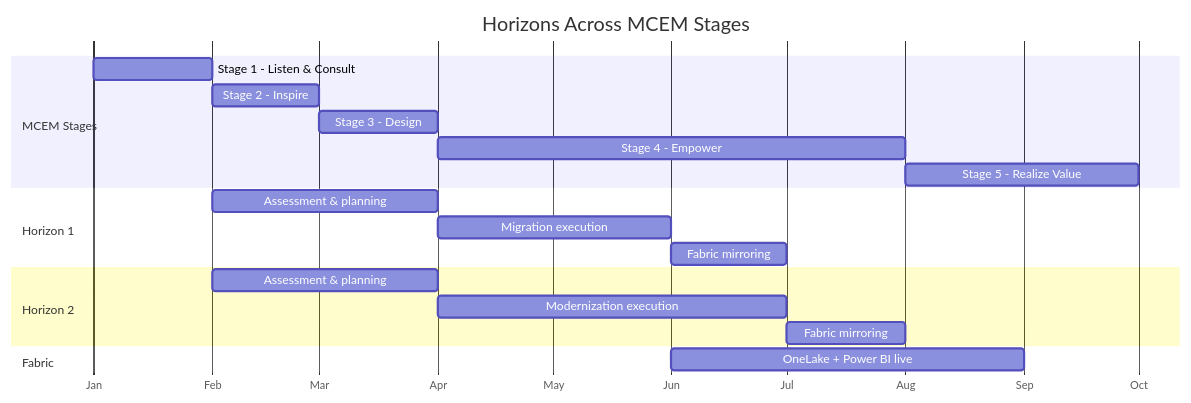
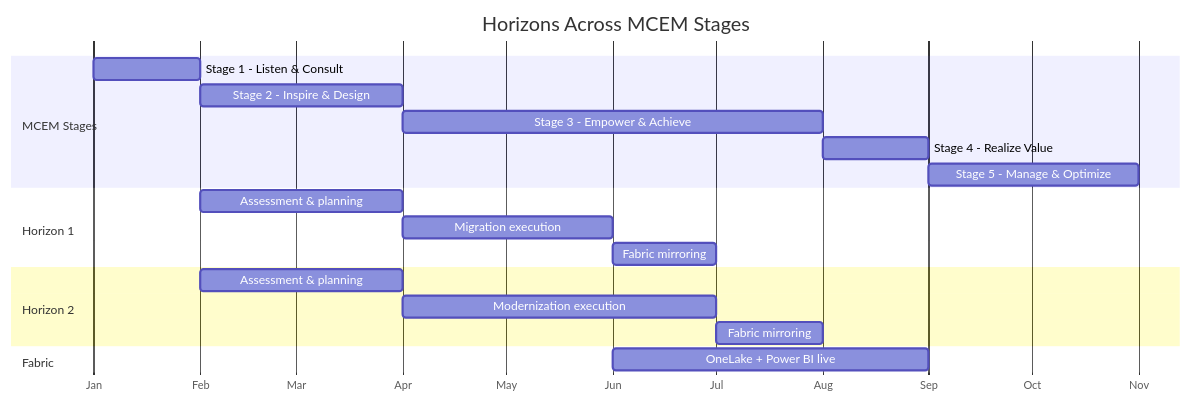
Before and after one commit to jonathan-vella/build-test: the second of 2 diagrams in site/src/content/docs/journey-map/index.md, drawn with Mermaid. The commit also changed other lines of this file and 16 other files, not shown here.

````diff
--- a/site/src/content/docs/journey-map/index.md
+++ b/site/src/content/docs/journey-map/index.md
@@ -97,22 +105,22 @@
 ```mermaid
 gantt
   title Horizons Across MCEM Stages
   dateFormat YYYY-MM
   axisFormat %b
   section MCEM Stages
-    Stage 1 - Listen & Consult :s1, 2026-01, 1M
-    Stage 2 - Inspire          :s2, after s1, 1M
-    Stage 3 - Design           :s3, after s2, 1M
-    Stage 4 - Empower          :s4, after s3, 4M
-    Stage 5 - Realize Value    :s5, after s4, 2M
+    Stage 1 - Listen & Consult    :s1, 2026-01, 1M
+    Stage 2 - Inspire & Design    :s2, after s1, 2M
+    Stage 3 - Empower & Achieve   :s3, after s2, 4M
+    Stage 4 - Realize Value       :s4, after s3, 1M
+    Stage 5 - Manage & Optimize   :s5, after s4, 2M
   section Horizon 1
     Assessment & planning :h1a, 2026-02, 2M
     Migration execution   :h1b, 2026-04, 2M
     Fabric mirroring      :h1c, 2026-06, 1M
   section Horizon 2
     Assessment & planning     :h2a, 2026-02, 2M
     Modernization execution   :h2b, 2026-04, 3M
     Fabric mirroring          :h2c, 2026-07, 1M
   section Fabric
     OneLake + Power BI live   :fab, 2026-06, 3M
 ```
````
